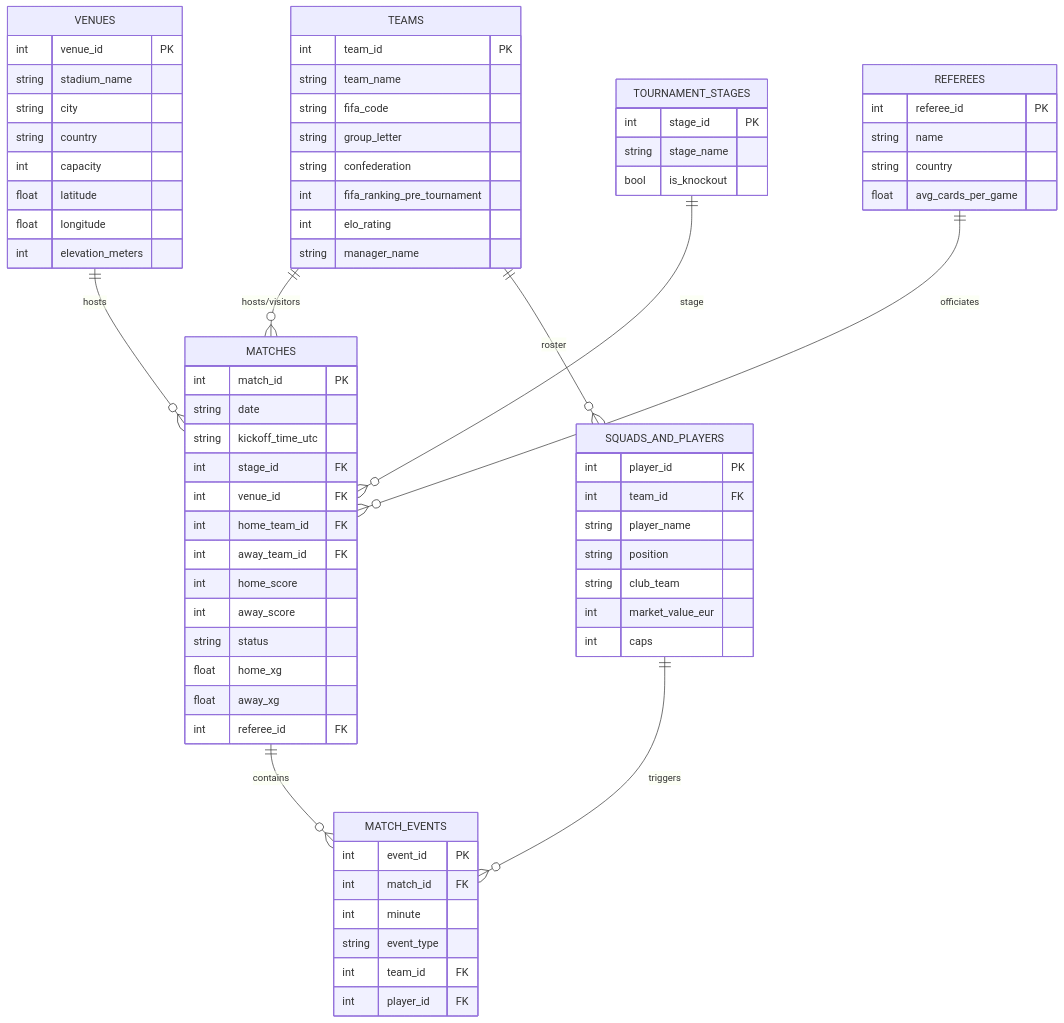
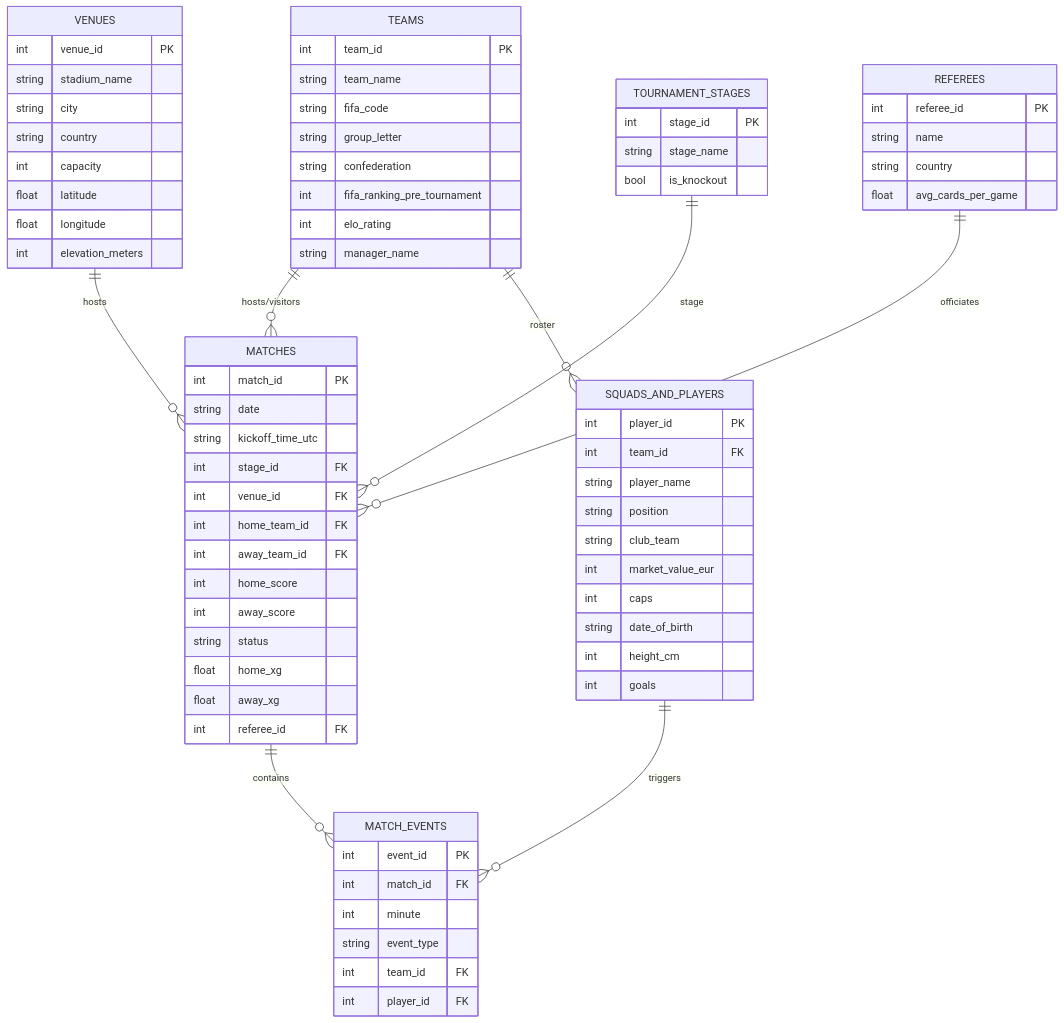
One commit to mominullptr/FIFA-World-Cup-2026-Dataset changed the diagram in README.md. Above: the diagram before and after it, drawn with Mermaid. The commit also changed other lines of this file and 2 other files, not shown here.

Commit message:
Update database schema with player details (birth date, height, and goals)

````diff
--- a/README.md
+++ b/README.md
@@ -18,74 +18,77 @@
 ```mermaid
 erDiagram
     TEAMS {
         int team_id PK
         string team_name
         string fifa_code
         string group_letter
         string confederation
         int fifa_ranking_pre_tournament
         int elo_rating
         string manager_name
     }
     VENUES {
         int venue_id PK
         string stadium_name
         string city
         string country
         int capacity
         float latitude
         float longitude
         int elevation_meters
     }
     TOURNAMENT_STAGES {
         int stage_id PK
         string stage_name
         bool is_knockout
     }
     REFEREES {
         int referee_id PK
         string name
         string country
         float avg_cards_per_game
     }
     MATCHES {
         int match_id PK
         string date
         string kickoff_time_utc
         int stage_id FK
         int venue_id FK
         int home_team_id FK
         int away_team_id FK
         int home_score
         int away_score
         string status
         float home_xg
         float away_xg
         int referee_id FK
     }
     SQUADS_AND_PLAYERS {
         int player_id PK
         int team_id FK
         string player_name
         string position
         string club_team
         int market_value_eur
         int caps
+        string date_of_birth
+        int height_cm
+        int goals
     }
     MATCH_EVENTS {
         int event_id PK
         int match_id FK
         int minute
         string event_type
         int team_id FK
         int player_id FK
     }
 
     TEAMS ||--o{ MATCHES : "hosts/visitors"
     TEAMS ||--o{ SQUADS_AND_PLAYERS : "roster"
     VENUES ||--o{ MATCHES : "hosts"
     TOURNAMENT_STAGES ||--o{ MATCHES : "stage"
     REFEREES ||--o{ MATCHES : "officiates"
     MATCHES ||--o{ MATCH_EVENTS : "contains"
     SQUADS_AND_PLAYERS ||--o{ MATCH_EVENTS : "triggers"
 ```
````
